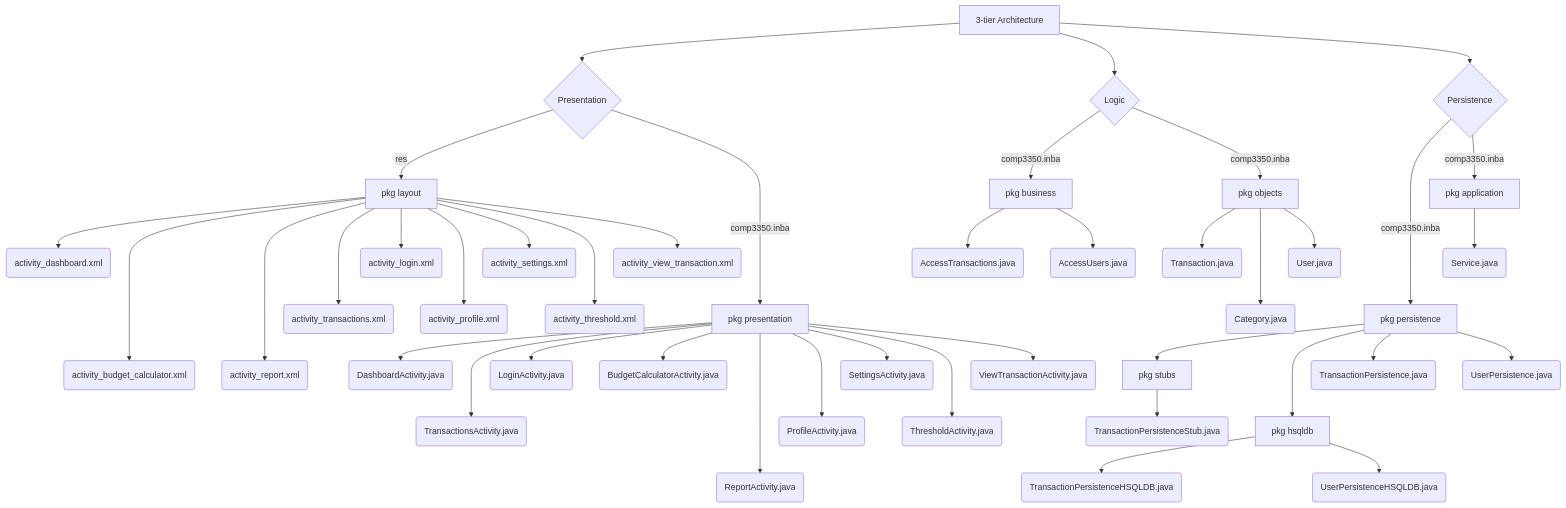
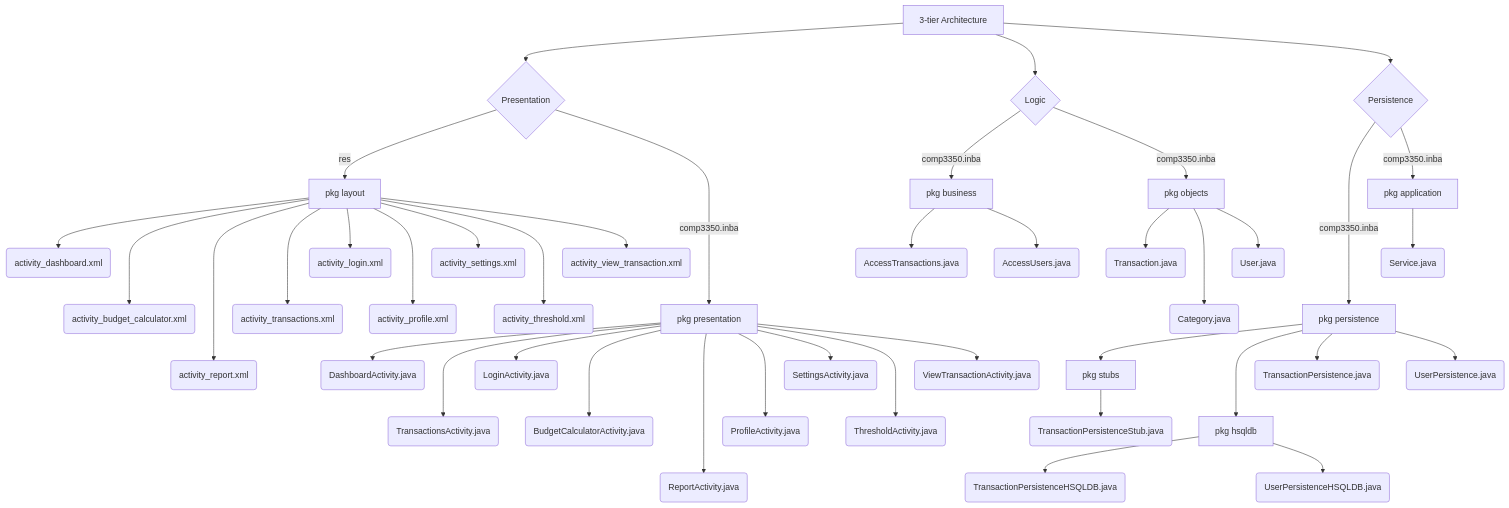
One commit to ElyonNosa/INBA changed the diagram in ARCHITECTURE.md. Above: the diagram before and after it, drawn with Mermaid.

````diff
--- a/ARCHITECTURE.md
+++ b/ARCHITECTURE.md
@@ -1,47 +1,47 @@
 ```mermaid
 graph TD
     A[3-tier Architecture]
     A --> PR{Presentation}
     A --> L{Logic}
     A --> PE{Persistence}
 
     PR --> |res| R[pkg layout]
     R --> ACTD(activity_dashboard.xml)
-    R ----> ACTBC(activity_budget_calculator.xml)
+    R ---> ACTBC(activity_budget_calculator.xml)
     R ----> ACTR(activity_report.xml)
     R ---> ACTT(activity_transactions.xml)
     R --> ACTL(activity_login.xml)
     R ---> ACTP(activity_profile.xml)
     R --> ACTS(activity_settings.xml)
     R ---> ACTTH(activity_threshold.xml)
     R --> ACTVT(activity_view_transaction.xml)
     PR ----> |comp3350.inba| PRES[pkg presentation]
     PRES --> DACT(DashboardActivity.java)
     PRES ---> TACT(TransactionsActivity.java)
     PRES --> LACT(LoginActivity.java)
-    PRES --> BCACT(BudgetCalculatorActivity.java)
+    PRES ---> BCACT(BudgetCalculatorActivity.java)
     PRES ----> RACT(ReportActivity.java)
     PRES ---> PACT(ProfileActivity.java)
     PRES --> SACT(SettingsActivity.java)
     PRES ---> THACT(ThresholdActivity.java)
     PRES --> VTACT(ViewTransactionActivity.java)
 
     L --> |comp3350.inba| BUS[pkg business]
     BUS --> AT(AccessTransactions.java)
     BUS --> AU(AccessUsers.java)
     L --> |comp3350.inba| OBJ[pkg objects]
     OBJ --> TRANS(Transaction.java)
     OBJ ---> CAT(Category.java)
     OBJ --> USER(User.java)
 
     PE ----> |comp3350.inba| PER[pkg persistence]
     PER --> STUB[pkg stubs]
     PER ---> HSQLDB[pkg hsqldb]
     STUB --> TPS(TransactionPersistenceStub.java)
     HSQLDB --> TPH(TransactionPersistenceHSQLDB.java)
     HSQLDB --> UPH(UserPersistenceHSQLDB.java)
     PER --> TP(TransactionPersistence.java)
     PER --> UP(UserPersistence.java)
     PE --> |comp3350.inba| APP[pkg application]
     APP --> SERV(Service.java)
 ```
````
